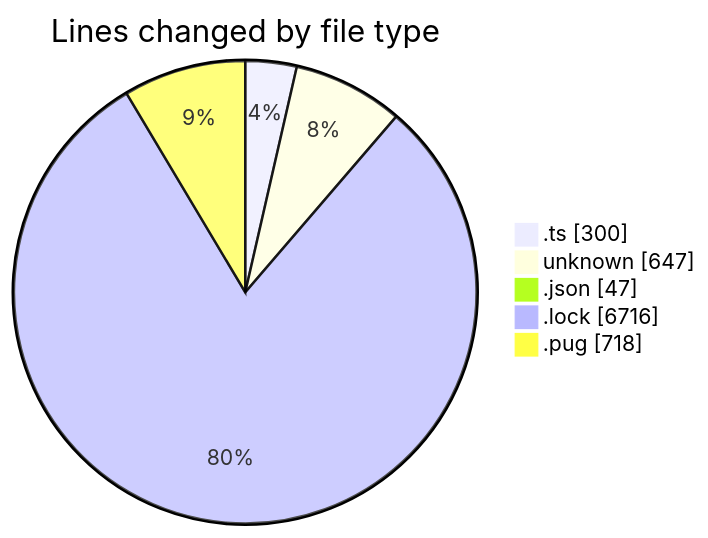
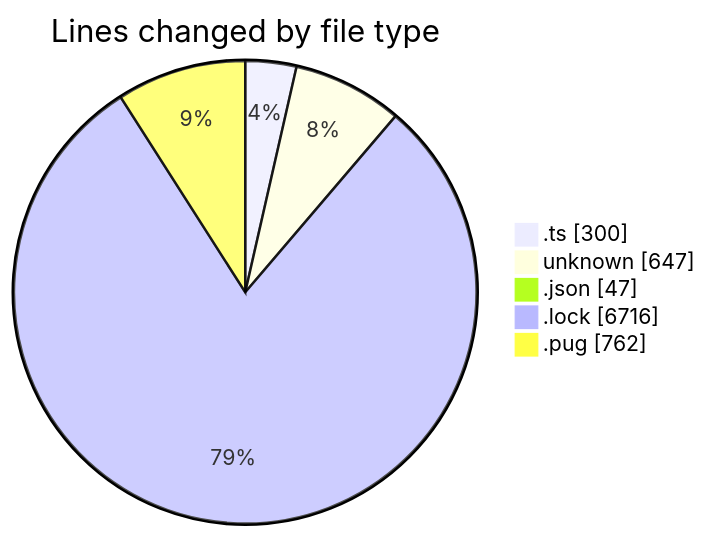
The first of 2 diagrams in 2026-05-22/cda/README.md (momahboobian/code-tracking), drawn with Mermaid before and after one commit. The commit also changed other lines of this file and 1 other file, not shown here.

````diff
--- a/2026-05-22/cda/README.md
+++ b/2026-05-22/cda/README.md
@@ -29,9 +29,9 @@
 ```mermaid
 pie showData
 title Lines changed by file type
 ".ts" : 300
 "unknown" : 647
 ".json" : 47
 ".lock" : 6716
-".pug" : 718
+".pug" : 762
 ```
````
